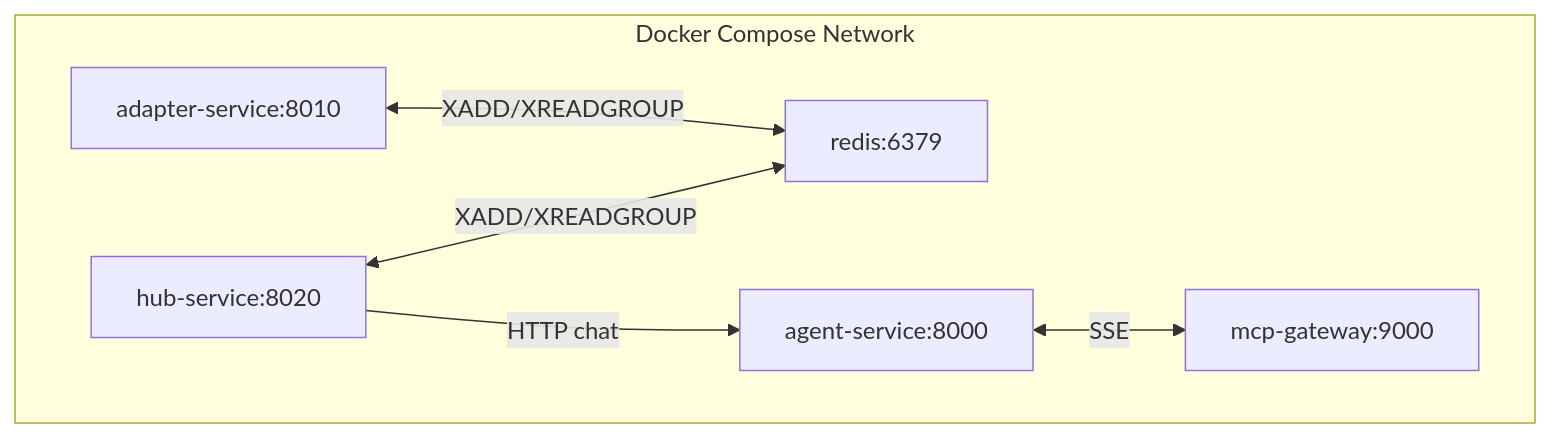
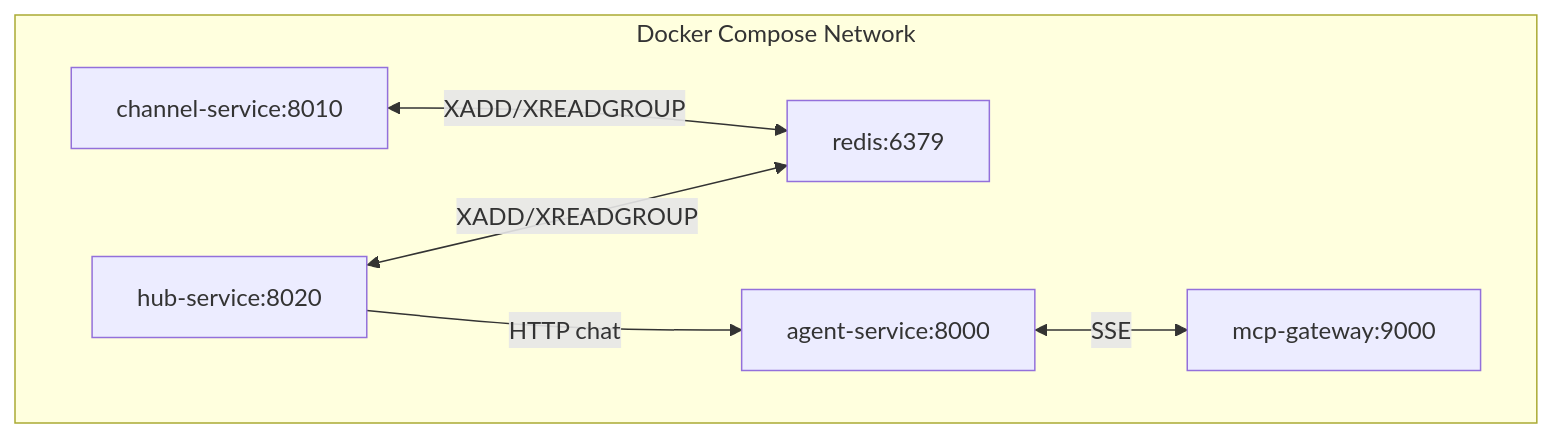
Before and after one commit to tamakara/aichan: the second of 2 diagrams in docs/aichan.md, drawn with Mermaid. The commit also changed other lines of this file and 37 other files, not shown here.

````diff
--- a/docs/aichan.md
+++ b/docs/aichan.md
@@ -56,15 +56,15 @@
 ```mermaid
 flowchart TB
     subgraph C[Docker Compose Network]
         RD[redis:6379]
         MG[mcp-gateway:9000]
         AG[agent-service:8000]
         HB[hub-service:8020]
-        AD[adapter-service:8010]
+        AD[channel-service:8010]
     end
 
     AD <-->|XADD/XREADGROUP| RD
     HB <-->|XADD/XREADGROUP| RD
     AG <-->|SSE| MG
     HB -->|HTTP chat| AG
 ```
````
